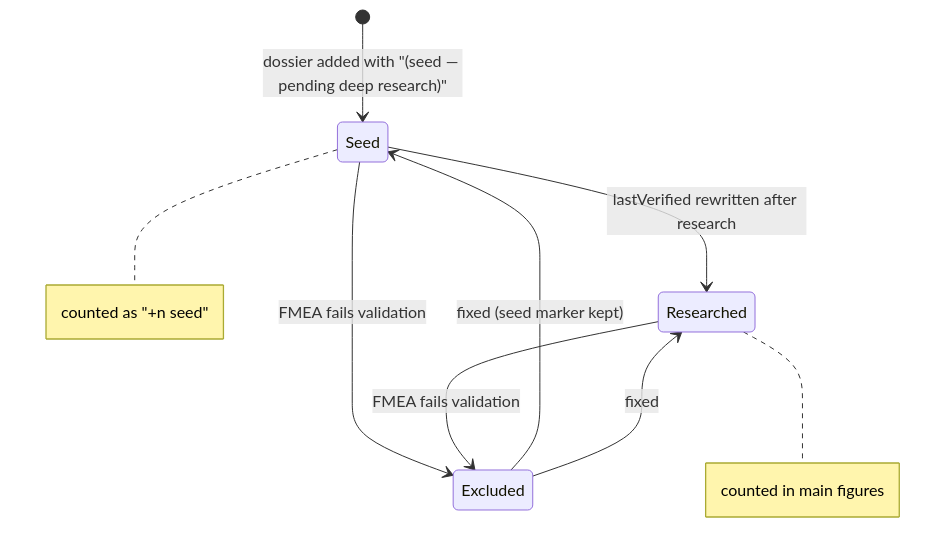
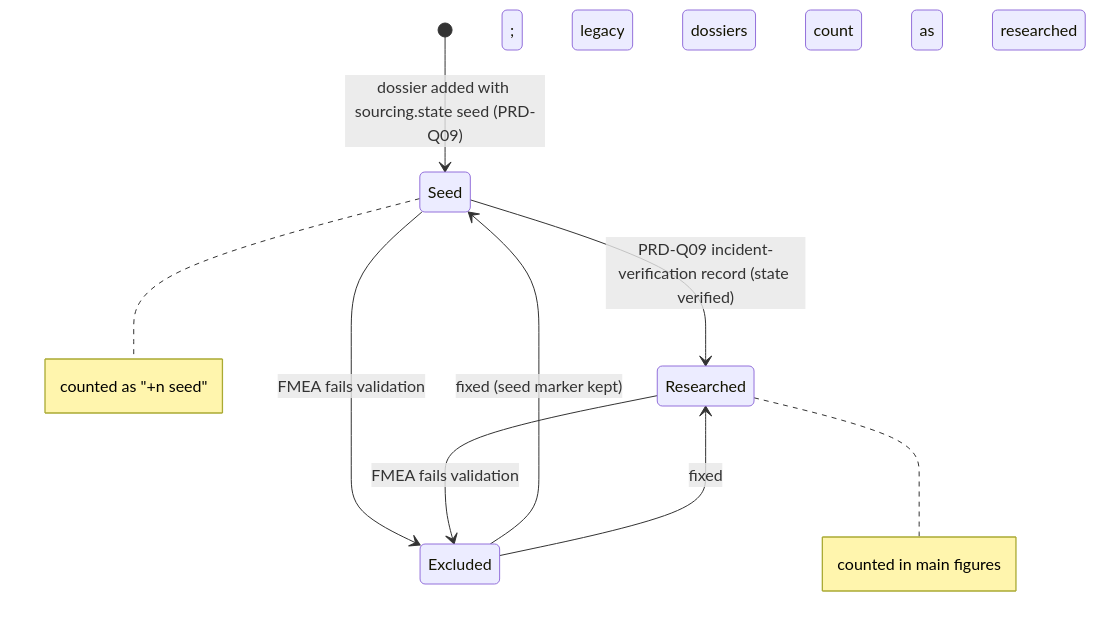
One commit to baguspermana7-cpu/bfrfranco.github.io changed the first of 3 diagrams in documentation/product-transformation/02-prds/PRD-Q18/PRD.md. Above: the diagram before and after it, drawn with Mermaid. The commit also changed other lines of this file and 9 other files, not shown here.

````diff
--- a/documentation/product-transformation/02-prds/PRD-Q18/PRD.md
+++ b/documentation/product-transformation/02-prds/PRD-Q18/PRD.md
@@ -481,11 +489,11 @@
 ```mermaid
 stateDiagram-v2
-  [*] --> Seed: dossier added with "(seed — pending deep research)"
-  Seed --> Researched: lastVerified rewritten after research
+  [*] --> Seed: dossier added with sourcing.state seed (PRD-Q09)
+  Seed --> Researched: PRD-Q09 incident-verification record (state verified); legacy dossiers count as researched
   Seed --> Excluded: FMEA fails validation
   Researched --> Excluded: FMEA fails validation
   Excluded --> Seed: fixed (seed marker kept)
   Excluded --> Researched: fixed
   note right of Seed: counted as "+n seed"
   note right of Researched: counted in main figures
 ```
````
